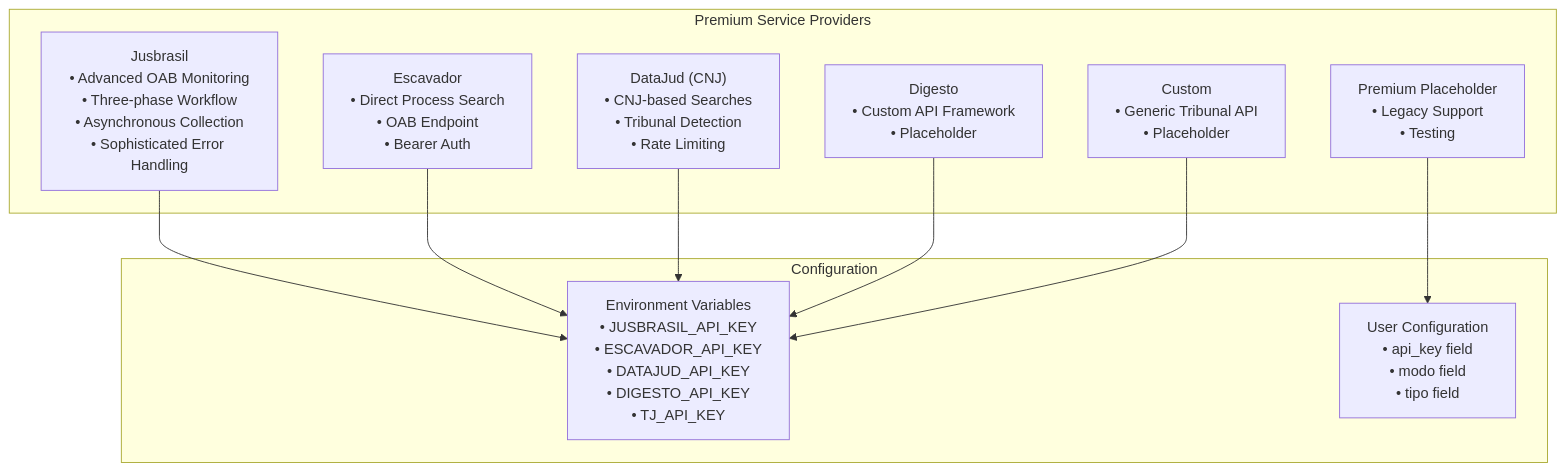
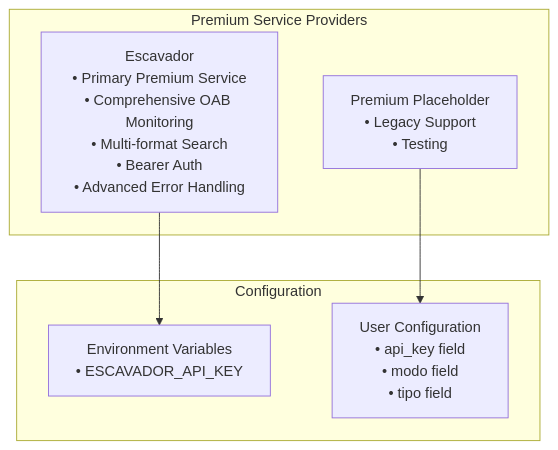
The eighth of 19 diagrams in .qoder/repowiki/en/content/API Integration Layer/Premium Paid Service Integration.md (Alexandrexicara/bot-processos), drawn with Mermaid before and after one commit. The commit also changed other lines of this file and 6 other files, not shown here.

````diff
--- a/.qoder/repowiki/en/content/API Integration Layer/Premium Paid Service Integration.md
+++ b/.qoder/repowiki/en/content/API Integration Layer/Premium Paid Service Integration.md
@@ -406,21 +340,13 @@
 ```mermaid
 graph TD
 subgraph "Premium Service Providers"
-Jusbrasil["Jusbrasil<br/>• Advanced OAB Monitoring<br/>• Three-phase Workflow<br/>• Asynchronous Collection<br/>• Sophisticated Error Handling"]
-Escavador["Escavador<br/>• Direct Process Search<br/>• OAB Endpoint<br/>• Bearer Auth"]
-DataJud["DataJud (CNJ)<br/>• CNJ-based Searches<br/>• Tribunal Detection<br/>• Rate Limiting"]
-Digesto["Digesto<br/>• Custom API Framework<br/>• Placeholder"]
-Custom["Custom<br/>• Generic Tribunal API<br/>• Placeholder"]
+Escavador["Escavador<br/>• Primary Premium Service<br/>• Comprehensive OAB Monitoring<br/>• Multi-format Search<br/>• Bearer Auth<br/>• Advanced Error Handling"]
 Premium["Premium Placeholder<br/>• Legacy Support<br/>• Testing"]
 end
 subgraph "Configuration"
-EnvVars["Environment Variables<br/>• JUSBRASIL_API_KEY<br/>• ESCAVADOR_API_KEY<br/>• DATAJUD_API_KEY<br/>• DIGESTO_API_KEY<br/>• TJ_API_KEY"]
+EnvVars["Environment Variables<br/>• ESCAVADOR_API_KEY"]
 UserConfig["User Configuration<br/>• api_key field<br/>• modo field<br/>• tipo field"]
 end
-Jusbrasil --> EnvVars
 Escavador --> EnvVars
-DataJud --> EnvVars
-Digesto --> EnvVars
-Custom --> EnvVars
 Premium --> UserConfig
 ```
````
